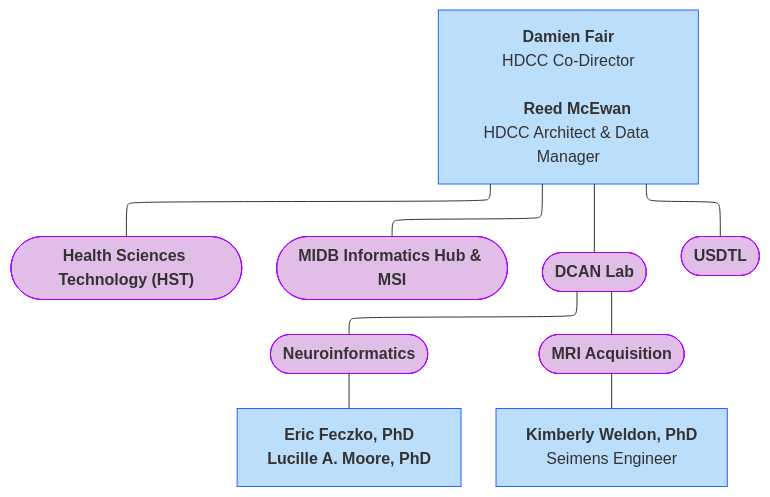
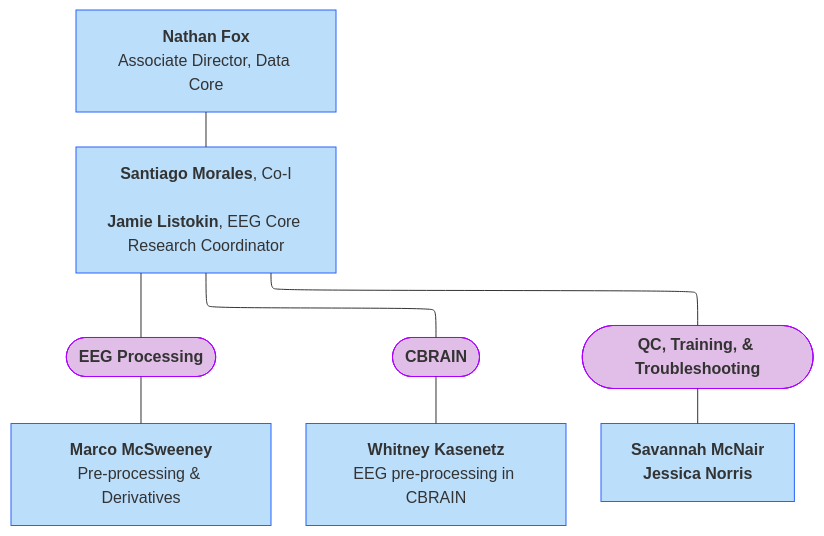
Before and after one commit to DCAN-Labs/hbcd-docs-internal: the first of 2 diagrams in docs/orgcharts_alt.md, drawn with Mermaid. The commit also changed other lines of this file and 2 other files, not shown here.

````diff
--- a/docs/orgcharts_alt.md
+++ b/docs/orgcharts_alt.md
@@ -101,25 +10,21 @@
 ```mermaid
 ---
 config:
   layout: elk
 ---
 flowchart TB
-    A1["<b>Damien Fair</b><br>HDCC Co-Director<br>
-    <b>Reed McEwan</b><br>HDCC Architect &amp; Data Manager"] --- HST(["<b>Health Sciences Technology (HST)</b><br>"]) & MIDB(["<b>MIDB Informatics Hub &amp; MSI</b><br>"]) & DCAN(["<b>DCAN Lab</b>"]) & USDTL(["<b>USDTL</b>"])
-    DCAN --- n1(["<b>Neuroinformatics</b>"]) & n2(["<b>MRI Acquisition</b>"])
-    n1 --- n3["<b>Eric Feczko, PhD</b><br><b>Lucille A. Moore, PhD</b>"]
-    n2 --- n4["<b>Kimberly Weldon, PhD</b><br>Seimens Engineer"]
-    style A1 fill:#BBDEFB,stroke:#2962FF
-    style HST fill:#E1BEE7,stroke:#AA00FF
-    style MIDB fill:#E1BEE7,stroke:#AA00FF
-    style DCAN fill:#E1BEE7,stroke:#AA00FF
-    style USDTL fill:#E1BEE7,stroke:#AA00FF
-    style n1 fill:#E1BEE7,stroke:#AA00FF
-    style n2 fill:#E1BEE7,stroke:#AA00FF
-    style n3 fill:#BBDEFB,stroke:#2962FF
-    style n4 fill:#BBDEFB,stroke:#2962FF
-    click HST "#health-sciences-technology-hst"
-    click MIDB "#masonic-institute-for-the-developing-brain-midb-informatics-hub"
-    click DCAN "https://innovation.umn.edu/developmental-cognition-and-neuroimaging-lab"
-    click USDTL "https://www.usdtl.com/"
+    n16["<b>Nathan Fox</b><br>Associate Director, Data Core"]
+    --- UMD2["<b>Santiago Morales</b>, Co-I<br><br><b>Jamie Listokin</b>, EEG Core Research Coordinator"]
+    UMD2 --- n17(["<b>EEG Processing</b>"]) & n18(["<b>CBRAIN</b>"]) & n21(["<b>QC, Training, &amp; Troubleshooting</b>"])
+    n17 --- n19["<b>Marco McSweeney</b><br>Pre-processing &amp; Derivatives"]
+    n18 --- n20["<b>Whitney Kasenetz</b><br>EEG pre-processing in CBRAIN"]
+    n21 --- n22["<b>Savannah McNair<br>Jessica Norris</b>"]
+    style n16 fill:#BBDEFB,stroke:#2962FF
+    style UMD2 fill:#BBDEFB,stroke:#2962FF
+    style n17 fill:#E1BEE7,stroke:#AA00FF
+    style n18 fill:#E1BEE7,stroke:#AA00FF
+    style n21 fill:#E1BEE7,stroke:#AA00FF
+    style n19 fill:#BBDEFB,stroke:#2962FF
+    style n20 fill:#BBDEFB,stroke:#2962FF
+    style n22 fill:#BBDEFB,stroke:#2962FF
 ```
````
